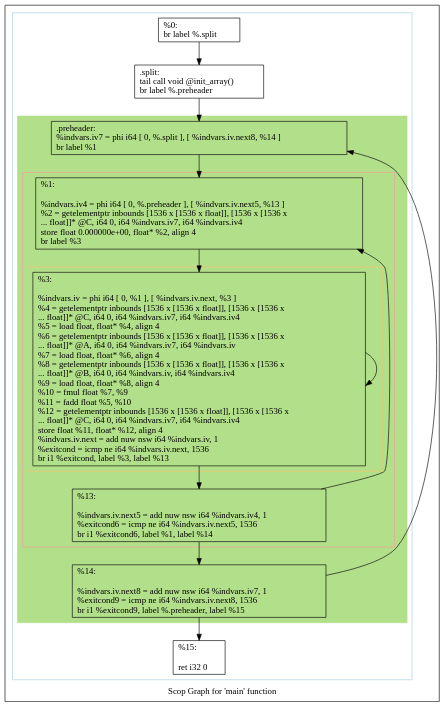
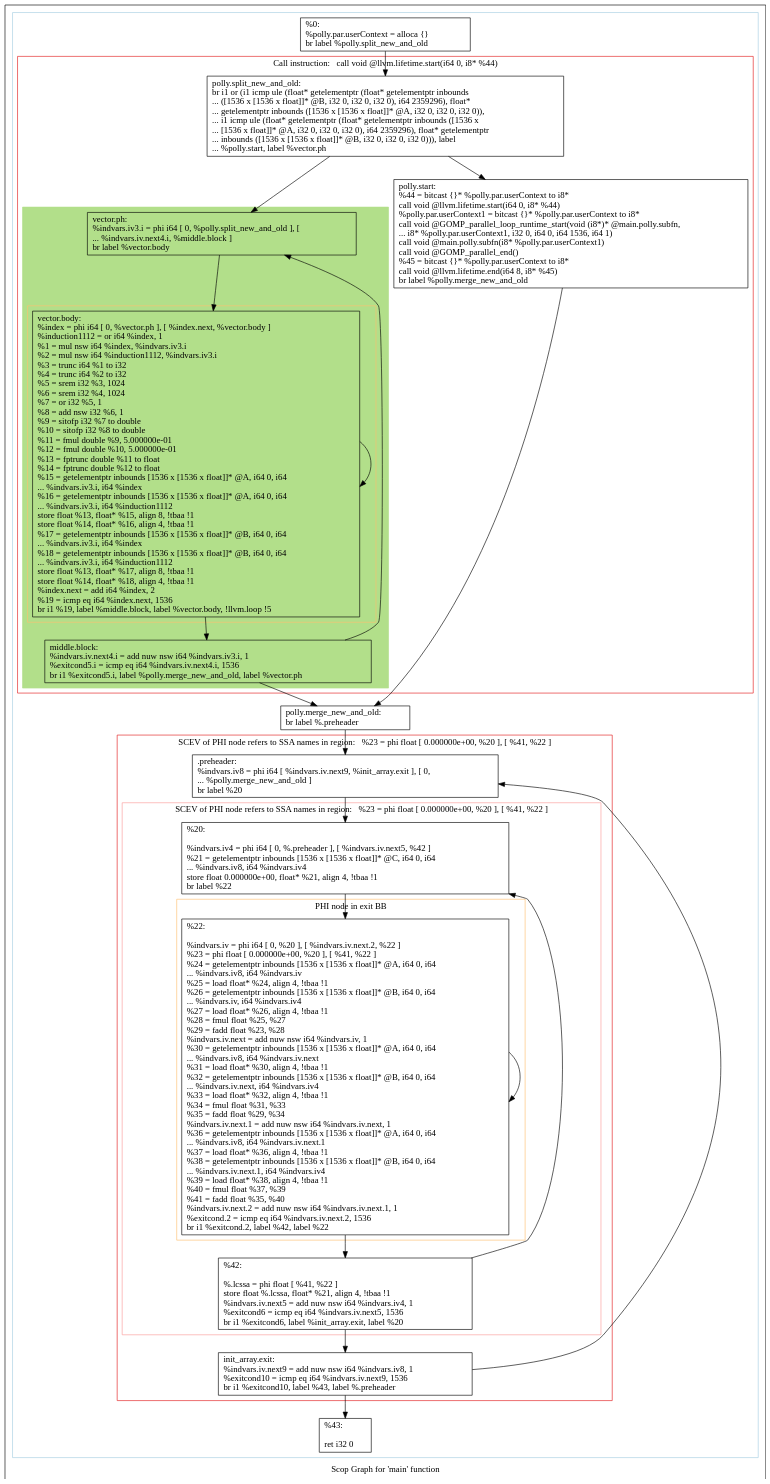
One commit to rogerioag/openmp-hook changed the diagram in matmul-polly/scops.main.dot. Above: the diagram before and after it, drawn with Graphviz. The commit also changed 10 other files, not shown here.

```diff
--- a/matmul-polly/scops.main.dot
+++ b/matmul-polly/scops.main.dot
@@ -1,50 +1,83 @@
 digraph "Scop Graph for 'main' function" {
 	label="Scop Graph for 'main' function";
 
-	Node0x8333e0 [shape=record,label="{%0:\l  br label %.split\l}"];
-	Node0x8333e0 -> Node0x83f240;
-	Node0x83f240 [shape=record,label="{.split:                                           \l  tail call void @init_array()\l  br label %.preheader\l}"];
-	Node0x83f240 -> Node0x83f490;
-	Node0x83f490 [shape=record,label="{.preheader:                                       \l  %indvars.iv7 = phi i64 [ 0, %.split ], [ %indvars.iv.next8, %14 ]\l  br label %1\l}"];
-	Node0x83f490 -> Node0x83f330;
-	Node0x83f330 [shape=record,label="{%1:\l\l  %indvars.iv4 = phi i64 [ 0, %.preheader ], [ %indvars.iv.next5, %13 ]\l  %2 = getelementptr inbounds [1536 x [1536 x float]], [1536 x [1536 x\l... float]]* @C, i64 0, i64 %indvars.iv7, i64 %indvars.iv4\l  store float 0.000000e+00, float* %2, align 4\l  br label %3\l}"];
-	Node0x83f330 -> Node0x83f350;
-	Node0x83f350 [shape=record,label="{%3:\l\l  %indvars.iv = phi i64 [ 0, %1 ], [ %indvars.iv.next, %3 ]\l  %4 = getelementptr inbounds [1536 x [1536 x float]], [1536 x [1536 x\l... float]]* @C, i64 0, i64 %indvars.iv7, i64 %indvars.iv4\l  %5 = load float, float* %4, align 4\l  %6 = getelementptr inbounds [1536 x [1536 x float]], [1536 x [1536 x\l... float]]* @A, i64 0, i64 %indvars.iv7, i64 %indvars.iv\l  %7 = load float, float* %6, align 4\l  %8 = getelementptr inbounds [1536 x [1536 x float]], [1536 x [1536 x\l... float]]* @B, i64 0, i64 %indvars.iv, i64 %indvars.iv4\l  %9 = load float, float* %8, align 4\l  %10 = fmul float %7, %9\l  %11 = fadd float %5, %10\l  %12 = getelementptr inbounds [1536 x [1536 x float]], [1536 x [1536 x\l... float]]* @C, i64 0, i64 %indvars.iv7, i64 %indvars.iv4\l  store float %11, float* %12, align 4\l  %indvars.iv.next = add nuw nsw i64 %indvars.iv, 1\l  %exitcond = icmp ne i64 %indvars.iv.next, 1536\l  br i1 %exitcond, label %3, label %13\l}"];
-	Node0x83f350 -> Node0x83f350[constraint=false];
-	Node0x83f350 -> Node0x833500;
-	Node0x833500 [shape=record,label="{%13:\l\l  %indvars.iv.next5 = add nuw nsw i64 %indvars.iv4, 1\l  %exitcond6 = icmp ne i64 %indvars.iv.next5, 1536\l  br i1 %exitcond6, label %1, label %14\l}"];
-	Node0x833500 -> Node0x83f330[constraint=false];
-	Node0x833500 -> Node0x83f800;
-	Node0x83f800 [shape=record,label="{%14:\l\l  %indvars.iv.next8 = add nuw nsw i64 %indvars.iv7, 1\l  %exitcond9 = icmp ne i64 %indvars.iv.next8, 1536\l  br i1 %exitcond9, label %.preheader, label %15\l}"];
-	Node0x83f800 -> Node0x83f490[constraint=false];
-	Node0x83f800 -> Node0x83f860;
-	Node0x83f860 [shape=record,label="{%15:\l\l  ret i32 0\l}"];
+	Node0xe6de90 [shape=record,label="{%0:\l  %polly.par.userContext = alloca \{\}\l  br label %polly.split_new_and_old\l}"];
+	Node0xe6de90 -> Node0xe2f690;
+	Node0xe2f690 [shape=record,label="{polly.split_new_and_old:                          \l  br i1 or (i1 icmp ule (float* getelementptr (float* getelementptr inbounds\l... ([1536 x [1536 x float]]* @B, i32 0, i32 0, i32 0), i64 2359296), float*\l... getelementptr inbounds ([1536 x [1536 x float]]* @A, i32 0, i32 0, i32 0)),\l... i1 icmp ule (float* getelementptr (float* getelementptr inbounds ([1536 x\l... [1536 x float]]* @A, i32 0, i32 0, i32 0), i64 2359296), float* getelementptr\l... inbounds ([1536 x [1536 x float]]* @B, i32 0, i32 0, i32 0))), label\l... %polly.start, label %vector.ph\l}"];
+	Node0xe2f690 -> Node0xe6da30;
+	Node0xe2f690 -> Node0xe6e000;
+	Node0xe6da30 [shape=record,label="{polly.start:                                      \l  %44 = bitcast \{\}* %polly.par.userContext to i8*\l  call void @llvm.lifetime.start(i64 0, i8* %44)\l  %polly.par.userContext1 = bitcast \{\}* %polly.par.userContext to i8*\l  call void @GOMP_parallel_loop_runtime_start(void (i8*)* @main.polly.subfn,\l... i8* %polly.par.userContext1, i32 0, i64 0, i64 1536, i64 1)\l  call void @main.polly.subfn(i8* %polly.par.userContext1)\l  call void @GOMP_parallel_end()\l  %45 = bitcast \{\}* %polly.par.userContext to i8*\l  call void @llvm.lifetime.end(i64 8, i8* %45)\l  br label %polly.merge_new_and_old\l}"];
+	Node0xe6da30 -> Node0xe6de00;
+	Node0xe6de00 [shape=record,label="{polly.merge_new_and_old:                          \l  br label %.preheader\l}"];
+	Node0xe6de00 -> Node0xe6da80;
+	Node0xe6da80 [shape=record,label="{.preheader:                                       \l  %indvars.iv8 = phi i64 [ %indvars.iv.next9, %init_array.exit ], [ 0,\l... %polly.merge_new_and_old ]\l  br label %20\l}"];
+	Node0xe6da80 -> Node0xe6db70;
+	Node0xe6db70 [shape=record,label="{%20:\l\l  %indvars.iv4 = phi i64 [ 0, %.preheader ], [ %indvars.iv.next5, %42 ]\l  %21 = getelementptr inbounds [1536 x [1536 x float]]* @C, i64 0, i64\l... %indvars.iv8, i64 %indvars.iv4\l  store float 0.000000e+00, float* %21, align 4, !tbaa !1\l  br label %22\l}"];
+	Node0xe6db70 -> Node0xe6dbd0;
+	Node0xe6dbd0 [shape=record,label="{%22:\l\l  %indvars.iv = phi i64 [ 0, %20 ], [ %indvars.iv.next.2, %22 ]\l  %23 = phi float [ 0.000000e+00, %20 ], [ %41, %22 ]\l  %24 = getelementptr inbounds [1536 x [1536 x float]]* @A, i64 0, i64\l... %indvars.iv8, i64 %indvars.iv\l  %25 = load float* %24, align 4, !tbaa !1\l  %26 = getelementptr inbounds [1536 x [1536 x float]]* @B, i64 0, i64\l... %indvars.iv, i64 %indvars.iv4\l  %27 = load float* %26, align 4, !tbaa !1\l  %28 = fmul float %25, %27\l  %29 = fadd float %23, %28\l  %indvars.iv.next = add nuw nsw i64 %indvars.iv, 1\l  %30 = getelementptr inbounds [1536 x [1536 x float]]* @A, i64 0, i64\l... %indvars.iv8, i64 %indvars.iv.next\l  %31 = load float* %30, align 4, !tbaa !1\l  %32 = getelementptr inbounds [1536 x [1536 x float]]* @B, i64 0, i64\l... %indvars.iv.next, i64 %indvars.iv4\l  %33 = load float* %32, align 4, !tbaa !1\l  %34 = fmul float %31, %33\l  %35 = fadd float %29, %34\l  %indvars.iv.next.1 = add nuw nsw i64 %indvars.iv.next, 1\l  %36 = getelementptr inbounds [1536 x [1536 x float]]* @A, i64 0, i64\l... %indvars.iv8, i64 %indvars.iv.next.1\l  %37 = load float* %36, align 4, !tbaa !1\l  %38 = getelementptr inbounds [1536 x [1536 x float]]* @B, i64 0, i64\l... %indvars.iv.next.1, i64 %indvars.iv4\l  %39 = load float* %38, align 4, !tbaa !1\l  %40 = fmul float %37, %39\l  %41 = fadd float %35, %40\l  %indvars.iv.next.2 = add nuw nsw i64 %indvars.iv.next.1, 1\l  %exitcond.2 = icmp eq i64 %indvars.iv.next.2, 1536\l  br i1 %exitcond.2, label %42, label %22\l}"];
+	Node0xe6dbd0 -> Node0xe6dc80;
+	Node0xe6dbd0 -> Node0xe6dbd0[constraint=false];
+	Node0xe6dc80 [shape=record,label="{%42:\l\l  %.lcssa = phi float [ %41, %22 ]\l  store float %.lcssa, float* %21, align 4, !tbaa !1\l  %indvars.iv.next5 = add nuw nsw i64 %indvars.iv4, 1\l  %exitcond6 = icmp eq i64 %indvars.iv.next5, 1536\l  br i1 %exitcond6, label %init_array.exit, label %20\l}"];
+	Node0xe6dc80 -> Node0xe6dce0;
+	Node0xe6dc80 -> Node0xe6db70[constraint=false];
+	Node0xe6dce0 [shape=record,label="{init_array.exit:                                  \l  %indvars.iv.next9 = add nuw nsw i64 %indvars.iv8, 1\l  %exitcond10 = icmp eq i64 %indvars.iv.next9, 1536\l  br i1 %exitcond10, label %43, label %.preheader\l}"];
+	Node0xe6dce0 -> Node0xe6dd00;
+	Node0xe6dce0 -> Node0xe6da80[constraint=false];
+	Node0xe6dd00 [shape=record,label="{%43:\l\l  ret i32 0\l}"];
+	Node0xe6e000 [shape=record,label="{vector.ph:                                        \l  %indvars.iv3.i = phi i64 [ 0, %polly.split_new_and_old ], [\l... %indvars.iv.next4.i, %middle.block ]\l  br label %vector.body\l}"];
+	Node0xe6e000 -> Node0xe706c0;
+	Node0xe706c0 [shape=record,label="{vector.body:                                      \l  %index = phi i64 [ 0, %vector.ph ], [ %index.next, %vector.body ]\l  %induction1112 = or i64 %index, 1\l  %1 = mul nsw i64 %index, %indvars.iv3.i\l  %2 = mul nsw i64 %induction1112, %indvars.iv3.i\l  %3 = trunc i64 %1 to i32\l  %4 = trunc i64 %2 to i32\l  %5 = srem i32 %3, 1024\l  %6 = srem i32 %4, 1024\l  %7 = or i32 %5, 1\l  %8 = add nsw i32 %6, 1\l  %9 = sitofp i32 %7 to double\l  %10 = sitofp i32 %8 to double\l  %11 = fmul double %9, 5.000000e-01\l  %12 = fmul double %10, 5.000000e-01\l  %13 = fptrunc double %11 to float\l  %14 = fptrunc double %12 to float\l  %15 = getelementptr inbounds [1536 x [1536 x float]]* @A, i64 0, i64\l... %indvars.iv3.i, i64 %index\l  %16 = getelementptr inbounds [1536 x [1536 x float]]* @A, i64 0, i64\l... %indvars.iv3.i, i64 %induction1112\l  store float %13, float* %15, align 8, !tbaa !1\l  store float %14, float* %16, align 4, !tbaa !1\l  %17 = getelementptr inbounds [1536 x [1536 x float]]* @B, i64 0, i64\l... %indvars.iv3.i, i64 %index\l  %18 = getelementptr inbounds [1536 x [1536 x float]]* @B, i64 0, i64\l... %indvars.iv3.i, i64 %induction1112\l  store float %13, float* %17, align 8, !tbaa !1\l  store float %14, float* %18, align 4, !tbaa !1\l  %index.next = add i64 %index, 2\l  %19 = icmp eq i64 %index.next, 1536\l  br i1 %19, label %middle.block, label %vector.body, !llvm.loop !5\l}"];
+	Node0xe706c0 -> Node0xe70720;
+	Node0xe706c0 -> Node0xe706c0[constraint=false];
+	Node0xe70720 [shape=record,label="{middle.block:                                     \l  %indvars.iv.next4.i = add nuw nsw i64 %indvars.iv3.i, 1\l  %exitcond5.i = icmp eq i64 %indvars.iv.next4.i, 1536\l  br i1 %exitcond5.i, label %polly.merge_new_and_old, label %vector.ph\l}"];
+	Node0xe70720 -> Node0xe6de00;
+	Node0xe70720 -> Node0xe6e000[constraint=false];
 	colorscheme = "paired12"
-        subgraph cluster_0x833e70 {
+        subgraph cluster_0xe6d3c0 {
           label = "";
           style = solid;
           color = 1
-          subgraph cluster_0x83ef30 {
-            label = "";
-            style = filled;
-            color = 3            subgraph cluster_0x830af0 {
+          subgraph cluster_0xe6e120 {
+            label = "Call instruction:   call void @llvm.lifetime.start(i64 0, i8* %44)";
+            style = solid;
+            color = 6
+            subgraph cluster_0xe6e0a0 {
               label = "";
-              style = solid;
-              color = 5
-              subgraph cluster_0x83f4e0 {
+              style = filled;
+              color = 3              subgraph cluster_0xe6e020 {
                 label = "";
                 style = solid;
                 color = 7
-                Node0x83f350;
+                Node0xe706c0;
               }
-              Node0x83f330;
-              Node0x833500;
+              Node0xe6e000;
+              Node0xe70720;
             }
-            Node0x83f490;
-            Node0x83f800;
+            Node0xe2f690;
+            Node0xe6da30;
           }
-          Node0x8333e0;
-          Node0x83f240;
-          Node0x83f860;
+          subgraph cluster_0xe6d540 {
+            label = "SCEV of PHI node refers to SSA names in region:   %23 = phi float [ 0.000000e+00, %20 ], [ %41, %22 ]";
+            style = solid;
+            color = 6
+            subgraph cluster_0xe6d4c0 {
+              label = "SCEV of PHI node refers to SSA names in region:   %23 = phi float [ 0.000000e+00, %20 ], [ %41, %22 ]";
+              style = solid;
+              color = 5
+              subgraph cluster_0xe6d440 {
+                label = "PHI node in exit BB";
+                style = solid;
+                color = 7
+                Node0xe6dbd0;
+              }
+              Node0xe6db70;
+              Node0xe6dc80;
+            }
+            Node0xe6da80;
+            Node0xe6dce0;
+          }
+          Node0xe6de90;
+          Node0xe6de00;
+          Node0xe6dd00;
         }
 }
```
